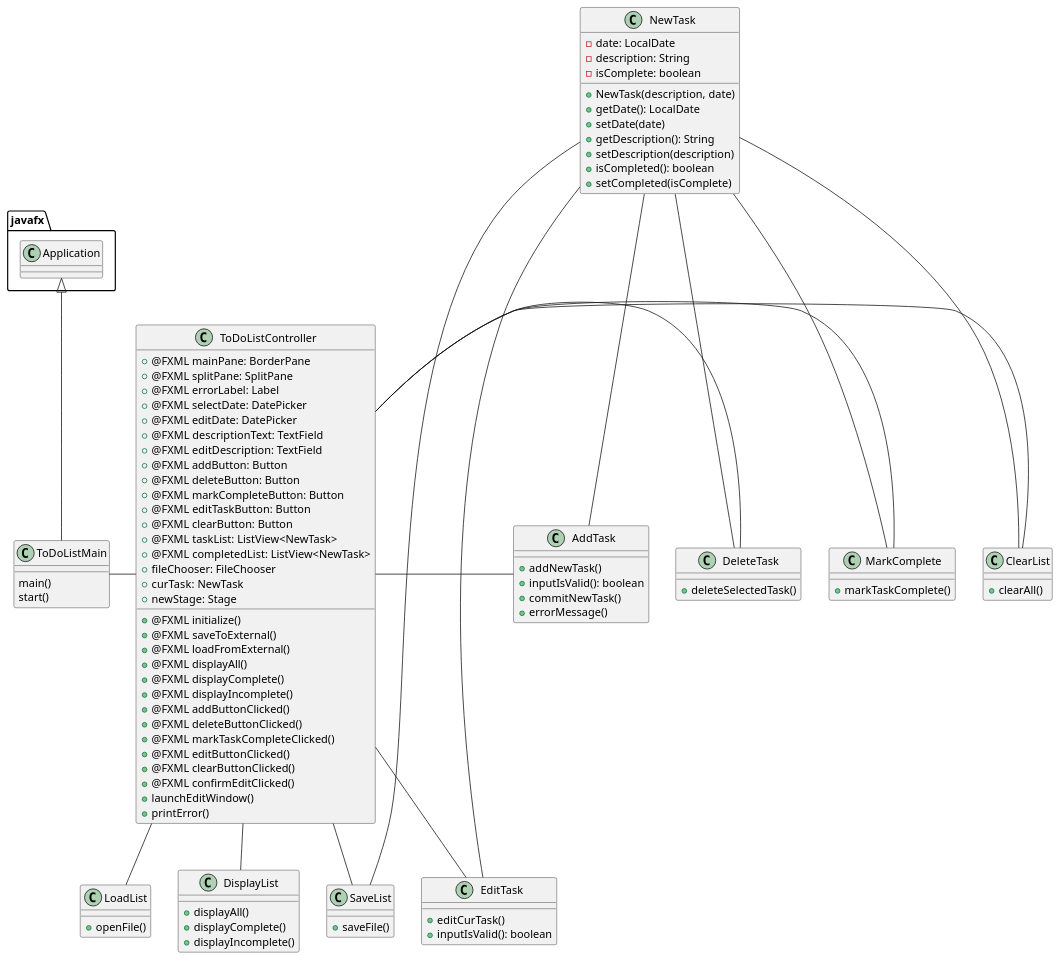
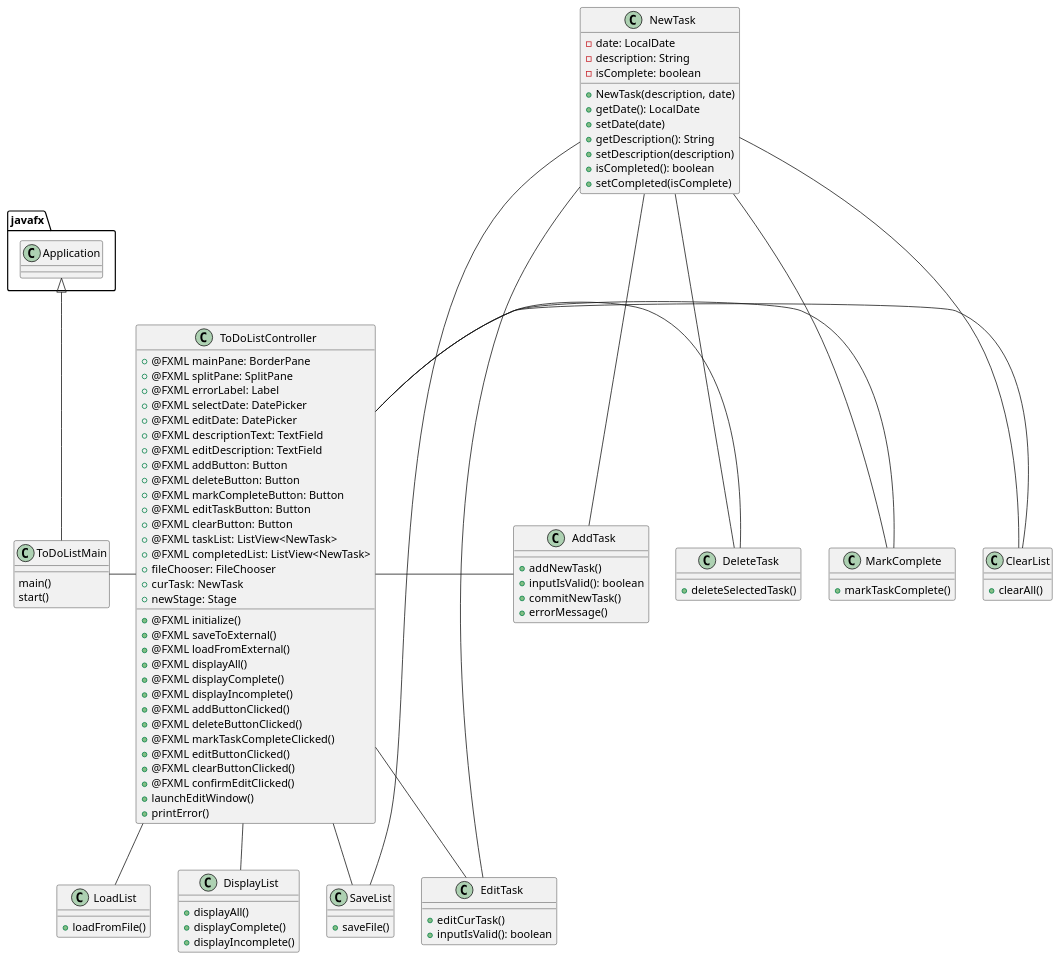
One commit to GabrielFernandez14/fernandez-cop3330-assignment4part2 changed the diagram in uml/ToDoListApp.puml. Above: the diagram before and after it, drawn with PlantUML. The commit also changed 17 other files, not shown here.

```diff
--- a/uml/ToDoListApp.puml
+++ b/uml/ToDoListApp.puml
@@ -1,114 +1,114 @@
 @startuml
 'https://plantuml.com/class-diagram
 
 class ToDoListMain {
     main()
     start()
 }
 
 class ToDoListController {
     + @FXML mainPane: BorderPane
     + @FXML splitPane: SplitPane
     + @FXML errorLabel: Label
     + @FXML selectDate: DatePicker
     + @FXML editDate: DatePicker
     + @FXML descriptionText: TextField
     + @FXML editDescription: TextField
     + @FXML addButton: Button
     + @FXML deleteButton: Button
     + @FXML markCompleteButton: Button
     + @FXML editTaskButton: Button
     + @FXML clearButton: Button
     + @FXML taskList: ListView<NewTask>
     + @FXML completedList: ListView<NewTask>
     + fileChooser: FileChooser
     + curTask: NewTask
     + newStage: Stage
 
     + @FXML initialize()
     + @FXML saveToExternal()
     + @FXML loadFromExternal()
     + @FXML displayAll()
     + @FXML displayComplete()
     + @FXML displayIncomplete()
     + @FXML addButtonClicked()
     + @FXML deleteButtonClicked()
     + @FXML markTaskCompleteClicked()
     + @FXML editButtonClicked()
     + @FXML clearButtonClicked()
     + @FXML confirmEditClicked()
     + launchEditWindow()
     + printError()
 }
 
 class NewTask {
     - date: LocalDate
     - description: String
     - isComplete: boolean
 
     + NewTask(description, date)
     + getDate(): LocalDate
     + setDate(date)
     + getDescription(): String
     + setDescription(description)
     + isCompleted(): boolean
     + setCompleted(isComplete)
 }
 
 class AddTask {
     + addNewTask()
     + inputIsValid(): boolean
     + commitNewTask()
     + errorMessage()
 }
 
 class DeleteTask {
     + deleteSelectedTask()
 }
 
 class MarkComplete {
     + markTaskComplete()
 }
 
 class DisplayList {
     + displayAll()
     + displayComplete()
     + displayIncomplete()
 }
 
 class ClearList {
     + clearAll()
 }
 
 class EditTask {
     + editCurTask()
     + inputIsValid(): boolean
 }
 
 class SaveList {
     + saveFile()
 }
 
 class LoadList {
-    + openFile()
+    + loadFromFile()
 }
 
 javafx.Application <|-- ToDoListMain
 ToDoListMain - ToDoListController
 'Need to indicate that ToDoListController is able to open EditTaskWindow
 ToDoListController - AddTask
 ToDoListController - DeleteTask
 ToDoListController - MarkComplete
 ToDoListController -- EditTask
 ToDoListController - ClearList
 ToDoListController -- DisplayList
 ToDoListController -- SaveList
 ToDoListController -- LoadList
 NewTask --- AddTask
 NewTask --- DeleteTask
 NewTask --- MarkComplete
 NewTask - EditTask
 NewTask --- ClearList
 NewTask - SaveList
 
 @enduml
```
